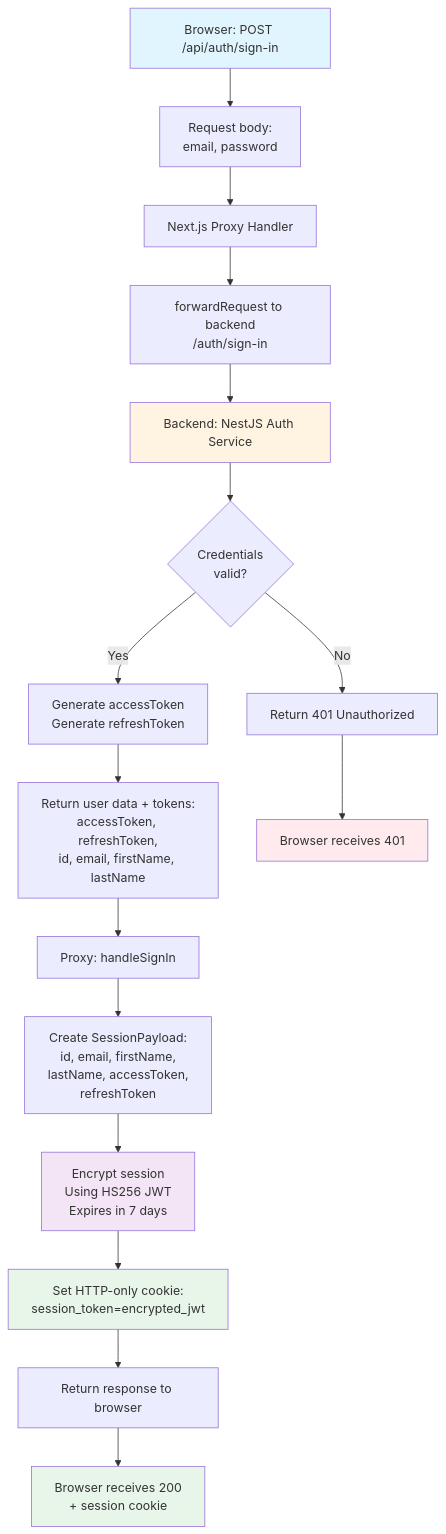
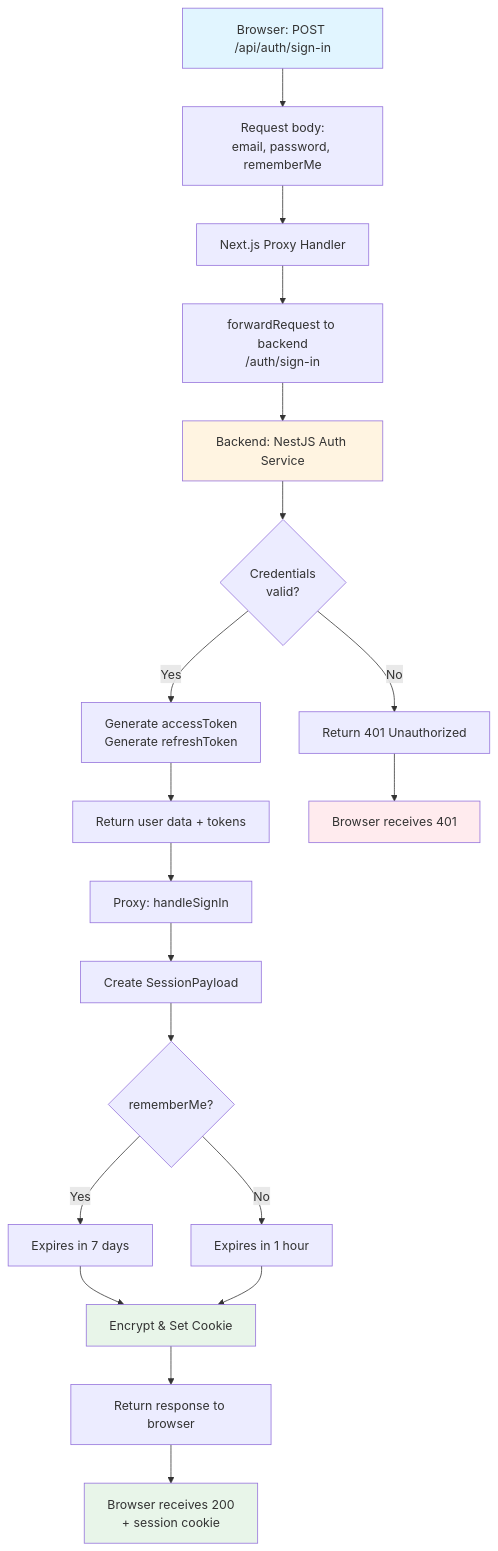
Before and after one commit to kisstamasj/nestjs-nextjs-api-proxy: the fourth of 7 diagrams in API_PROXY_GUIDE.md, drawn with Mermaid. The commit also changed other lines of this file, not shown here.

Commit message:
feat: introduce `rememberMe` option, add robust retry logic and streaming for file uploads, and consolidate proxy utilities

````diff
--- a/API_PROXY_GUIDE.md
+++ b/API_PROXY_GUIDE.md
@@ -185,25 +187,27 @@
 ```mermaid
 flowchart TD
-    A[Browser: POST /api/auth/sign-in] --> B[Request body:<br/>email, password]
+    A[Browser: POST /api/auth/sign-in] --> B[Request body:<br/>email, password, rememberMe]
     B --> C[Next.js Proxy Handler]
     C --> D[forwardRequest to backend<br/>/auth/sign-in]
     D --> E[Backend: NestJS Auth Service]
     E --> F{Credentials<br/>valid?}
     F -->|No| G[Return 401 Unauthorized]
     F -->|Yes| H[Generate accessToken<br/>Generate refreshToken]
-    H --> I[Return user data + tokens:<br/>accessToken, refreshToken,<br/>id, email, firstName, lastName]
+    H --> I[Return user data + tokens]
     I --> J[Proxy: handleSignIn]
-    J --> K[Create SessionPayload:<br/>id, email, firstName,<br/>lastName, accessToken,<br/>refreshToken]
-    K --> L[Encrypt session<br/>Using HS256 JWT<br/>Expires in 7 days]
-    L --> M[Set HTTP-only cookie:<br/>session_token=encrypted_jwt]
-    M --> N[Return response to browser]
-    G --> O[Browser receives 401]
-    N --> P[Browser receives 200<br/>+ session cookie]
+    J --> K[Create SessionPayload]
+    K --> L{rememberMe?}
+    L -->|Yes| M[Expires in 7 days]
+    L -->|No| N[Expires in 1 hour]
+    M --> O[Encrypt & Set Cookie]
+    N --> O
+    O --> P[Return response to browser]
+    G --> Q[Browser receives 401]
+    P --> R[Browser receives 200<br/>+ session cookie]
     
     style A fill:#e1f5ff
     style E fill:#fff4e1
-    style L fill:#f3e5f5
-    style M fill:#e8f5e9
-    style P fill:#e8f5e9
-    style O fill:#ffebee
+    style O fill:#e8f5e9
+    style R fill:#e8f5e9
+    style Q fill:#ffebee
 ```
````
